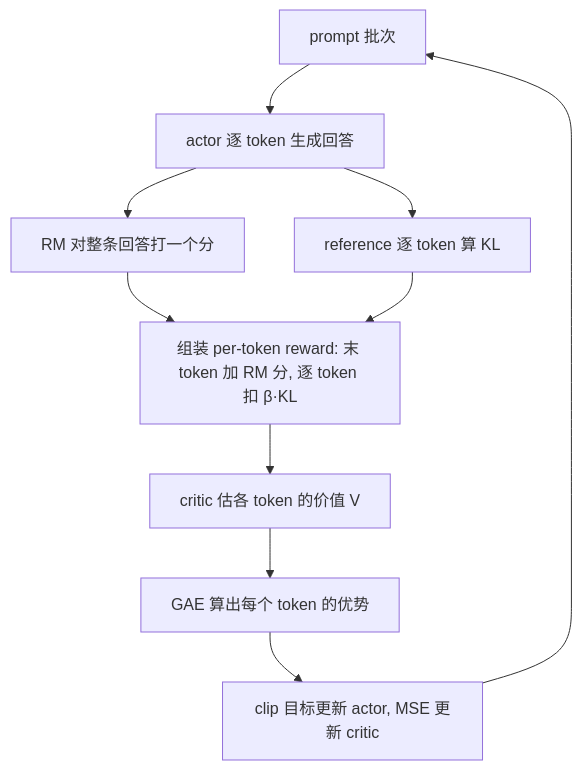
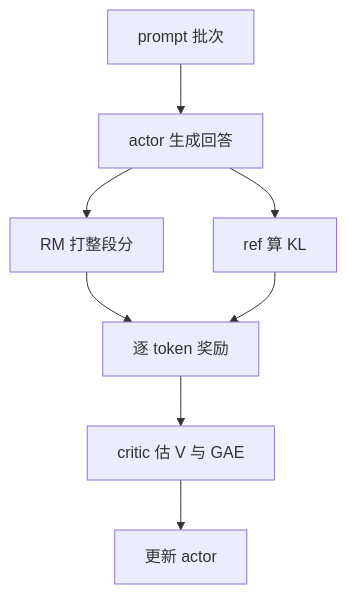
Before and after one commit to ChaoyuWang04/MockInterview: the diagram in knowledge/03-强化学习/PPO.md, drawn with Mermaid. The commit also changed other lines of this file and 11 other files, not shown here.

````diff
--- a/knowledge/03-强化学习/PPO.md
+++ b/knowledge/03-强化学习/PPO.md
@@ -124,12 +31,10 @@
 ```mermaid
 flowchart TD
-    A[prompt 批次] --> B[actor 逐 token 生成回答]
-    B --> C[RM 对整条回答打一个分]
-    B --> D[reference 逐 token 算 KL]
-    C --> E[组装 per-token reward: 末 token 加 RM 分, 逐 token 扣 β·KL]
+    A[prompt 批次] --> B[actor 生成回答]
+    B --> C[RM 打整段分]
+    B --> D[ref 算 KL]
+    C --> E[逐 token 奖励]
     D --> E
-    E --> F[critic 估各 token 的价值 V]
-    F --> G[GAE 算出每个 token 的优势]
-    G --> H[clip 目标更新 actor, MSE 更新 critic]
-    H --> A
+    E --> F[critic 估 V 与 GAE]
+    F --> G[更新 actor]
 ```
````
